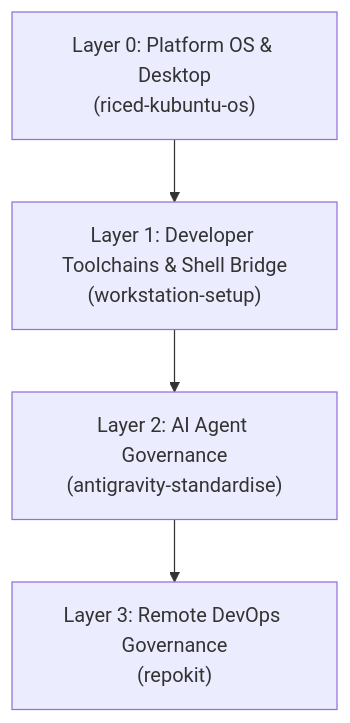
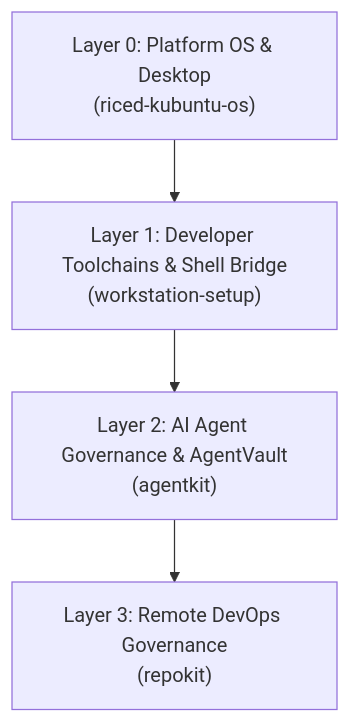
The diagram in README.md (Cooper-Wallace/workstation-setup), drawn with Mermaid before and after one commit. The commit also changed other lines of this file and 4 other files, not shown here.

````diff
--- a/README.md
+++ b/README.md
@@ -26,11 +26,11 @@
 ```mermaid
 flowchart TD
     L0["Layer 0: Platform OS & Desktop<br/>(riced-kubuntu-os)"]
     L1["Layer 1: Developer Toolchains & Shell Bridge<br/>(workstation-setup)"]
-    L2["Layer 2: AI Agent Governance<br/>(antigravity-standardise)"]
+    L2["Layer 2: AI Agent Governance & AgentVault<br/>(agentkit)"]
     L3["Layer 3: Remote DevOps Governance<br/>(repokit)"]
 
     L0 --> L1
     L1 --> L2
     L2 --> L3
 ```
````
